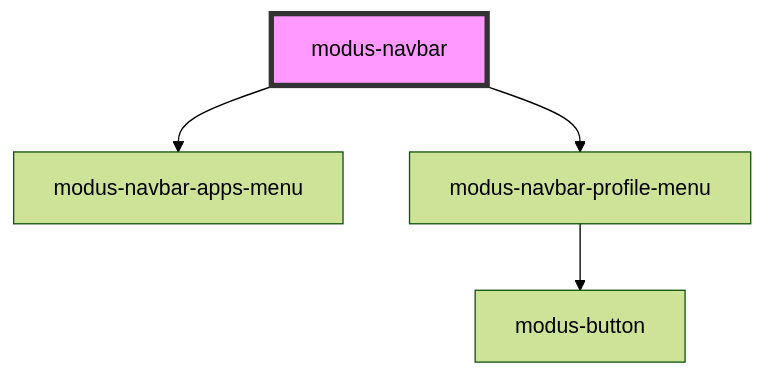
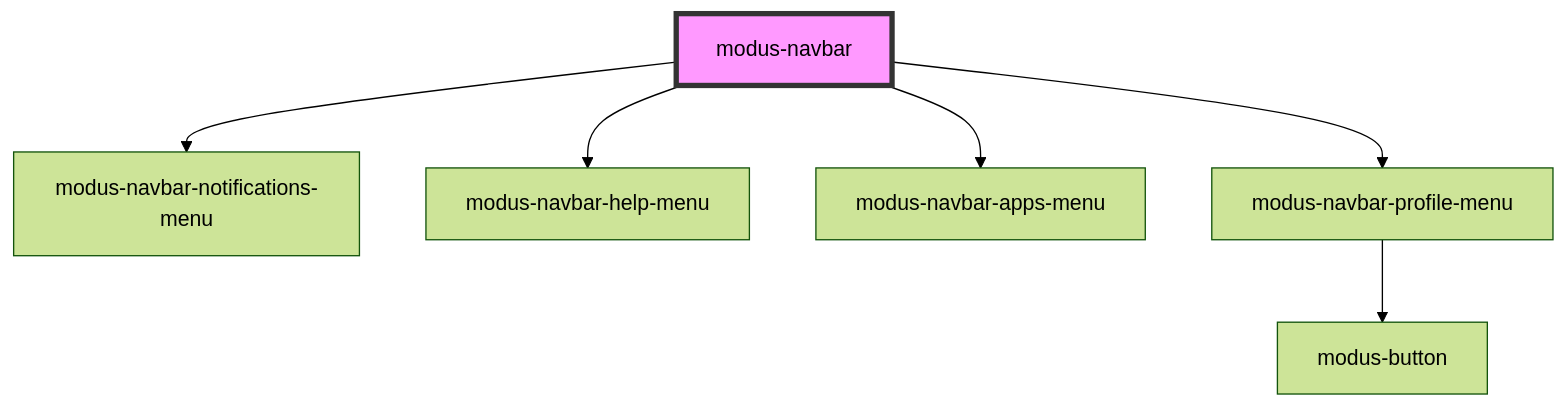
One commit to trimble-oss/modus-web-components changed the diagram in src/components/modus-navbar/readme.md. Above: the diagram before and after it, drawn with Mermaid (forest theme). The commit also changed other lines of this file and 16 other files, not shown here.

First line of the commit message:
Add navbar menus for notifications and help

````diff
--- a/src/components/modus-navbar/readme.md
+++ b/src/components/modus-navbar/readme.md
@@ -38,7 +40,9 @@
 ```mermaid
 graph TD;
+  modus-navbar --> modus-navbar-notifications-menu
+  modus-navbar --> modus-navbar-help-menu
   modus-navbar --> modus-navbar-apps-menu
   modus-navbar --> modus-navbar-profile-menu
   modus-navbar-profile-menu --> modus-button
   style modus-navbar fill:#f9f,stroke:#333,stroke-width:4px
 ```
````
